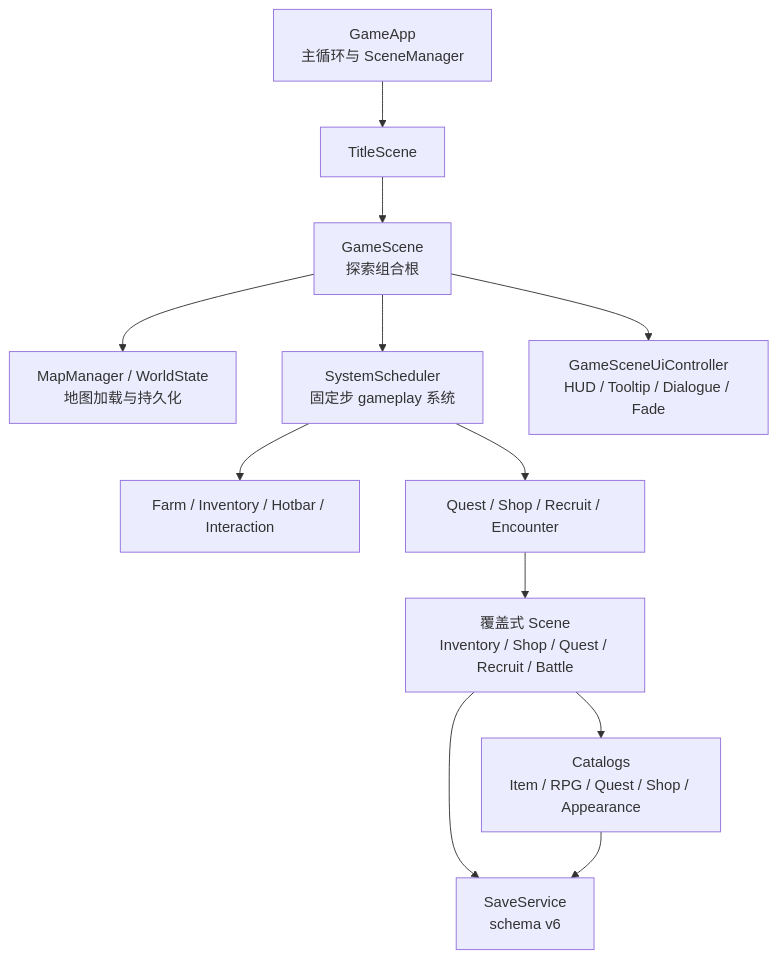
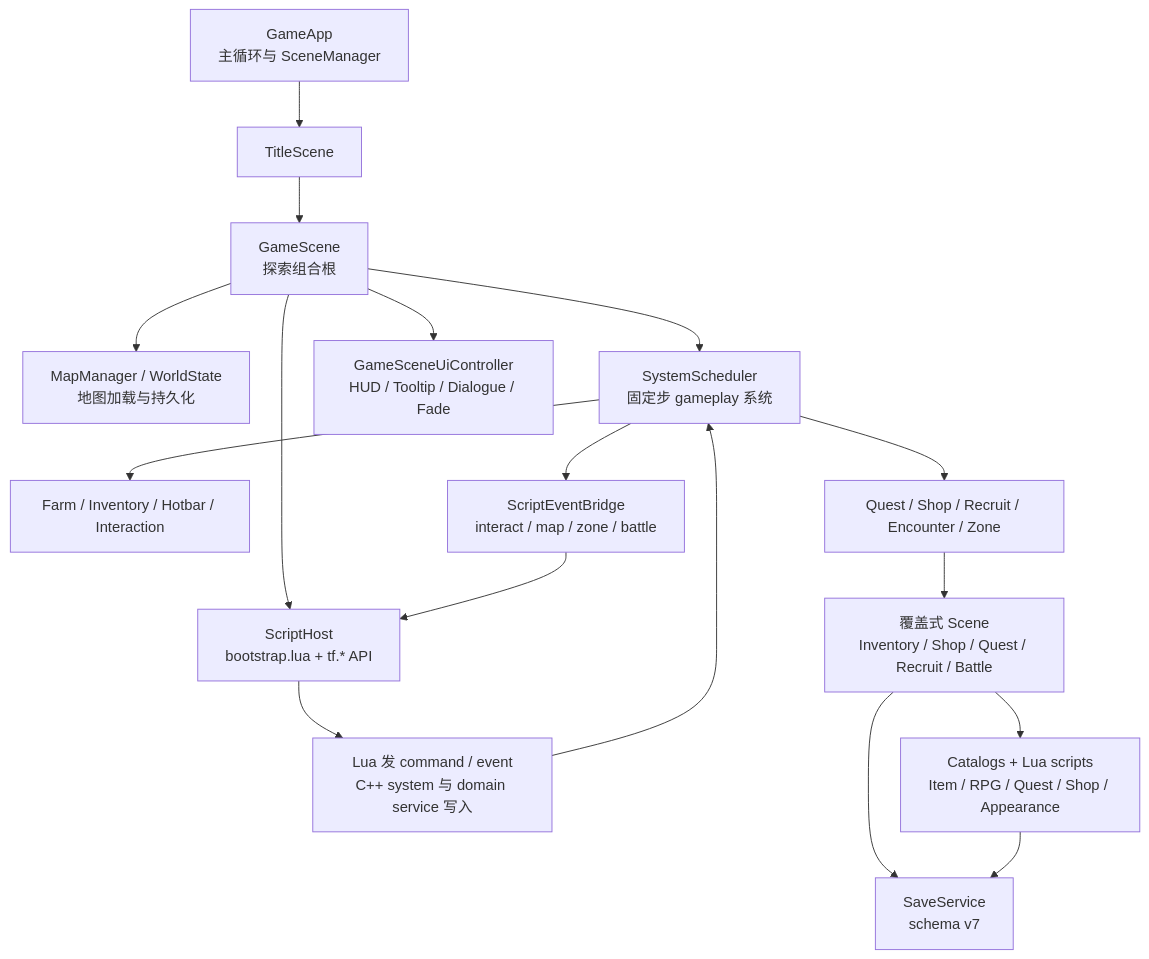
Before and after one commit to WispSnow/TinyFarmRPG: the first of 2 diagrams in docs/overview.md, drawn with Mermaid. The commit also changed other lines of this file, not shown here.

````diff
--- a/docs/overview.md
+++ b/docs/overview.md
@@ -19,14 +19,19 @@
 ```mermaid
 flowchart TD
     APP["GameApp<br/>主循环与 SceneManager"] --> TITLE["TitleScene"]
     TITLE --> GAME["GameScene<br/>探索组合根"]
     GAME --> WORLD["MapManager / WorldState<br/>地图加载与持久化"]
     GAME --> SCHED["SystemScheduler<br/>固定步 gameplay 系统"]
     GAME --> HUD["GameSceneUiController<br/>HUD / Tooltip / Dialogue / Fade"]
+    GAME --> LUA["ScriptHost<br/>bootstrap.lua + tf.* API"]
     SCHED --> FARM["Farm / Inventory / Hotbar / Interaction"]
-    SCHED --> RPG["Quest / Shop / Recruit / Encounter"]
+    SCHED --> RPG["Quest / Shop / Recruit / Encounter / Zone"]
+    SCHED --> EVT["ScriptEventBridge<br/>interact / map / zone / battle"]
+    EVT --> LUA
+    LUA --> CMD["Lua 发 command / event<br/>C++ system 与 domain service 写入"]
+    CMD --> SCHED
     RPG --> OVERLAY["覆盖式 Scene<br/>Inventory / Shop / Quest / Recruit / Battle"]
-    OVERLAY --> DATA["Catalogs<br/>Item / RPG / Quest / Shop / Appearance"]
-    OVERLAY --> SAVE["SaveService<br/>schema v6"]
+    OVERLAY --> DATA["Catalogs + Lua scripts<br/>Item / RPG / Quest / Shop / Appearance"]
+    OVERLAY --> SAVE["SaveService<br/>schema v7"]
     DATA --> SAVE
 ```
````
